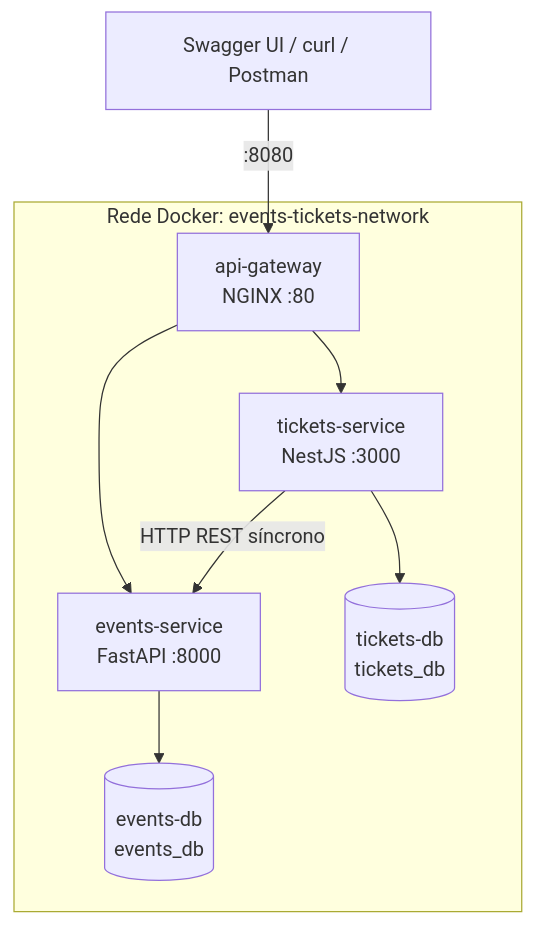
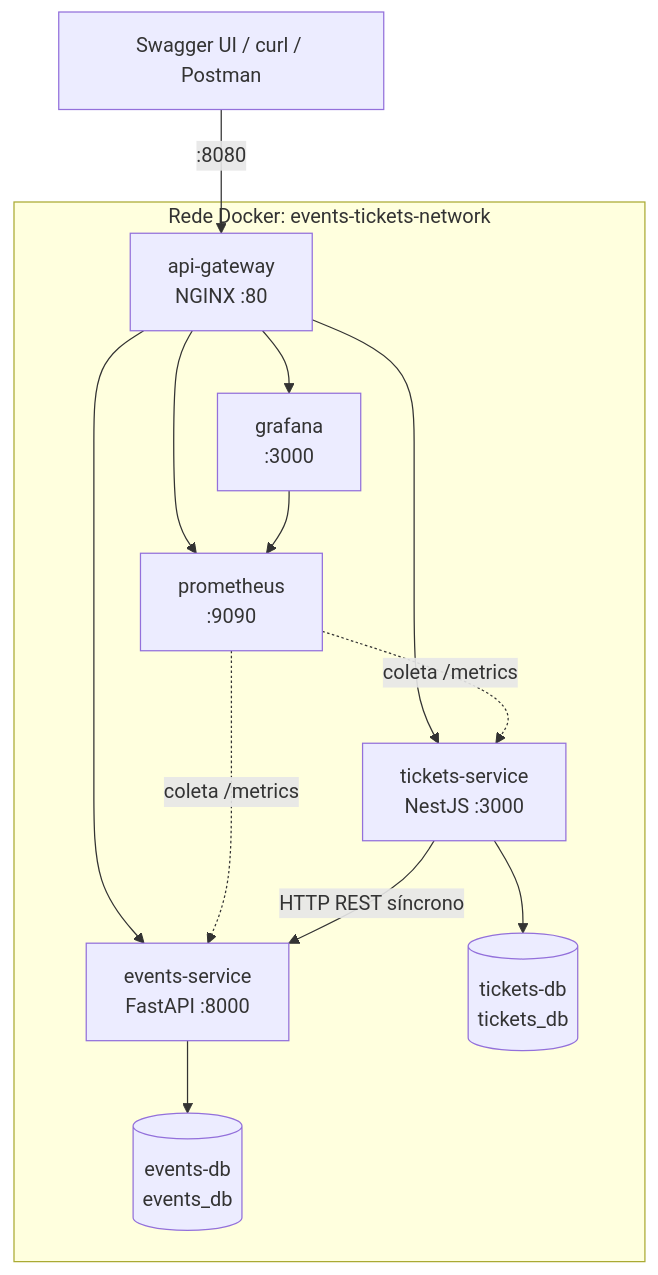
One commit to Igor-Lazarin-Oliani/events-tickets-ms changed the diagram in docs/arquitetura.md. Above: the diagram before and after it, drawn with Mermaid. The commit also changed other lines of this file and 11 other files, not shown here.

Commit message:
feat: adiciona Prometheus e Grafana com painel provisionado e acesso pelo gateway

````diff
--- a/docs/arquitetura.md
+++ b/docs/arquitetura.md
@@ -23,17 +23,24 @@
 ```mermaid
 flowchart TB
     cliente["Swagger UI / curl / Postman"]
     subgraph rede["Rede Docker: events-tickets-network"]
         gateway["api-gateway<br/>NGINX :80"]
         events["events-service<br/>FastAPI :8000"]
         tickets["tickets-service<br/>NestJS :3000"]
         eventsdb[("events-db<br/>events_db")]
         ticketsdb[("tickets-db<br/>tickets_db")]
+        prometheus["prometheus<br/>:9090"]
+        grafana["grafana<br/>:3000"]
     end
     cliente -->|":8080"| gateway
     gateway --> events
     gateway --> tickets
+    gateway --> grafana
+    gateway --> prometheus
+    grafana --> prometheus
+    prometheus -.->|"coleta /metrics"| events
+    prometheus -.->|"coleta /metrics"| tickets
     tickets -->|"HTTP REST síncrono"| events
     events --> eventsdb
     tickets --> ticketsdb
 ```
````
